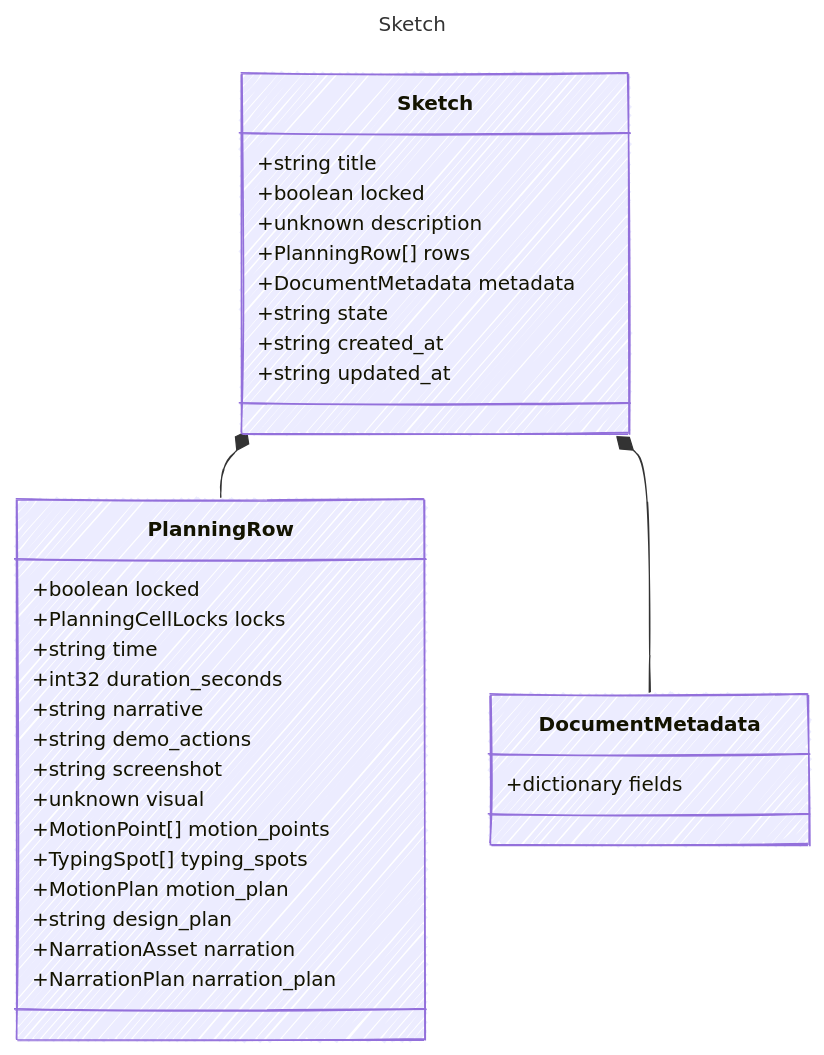
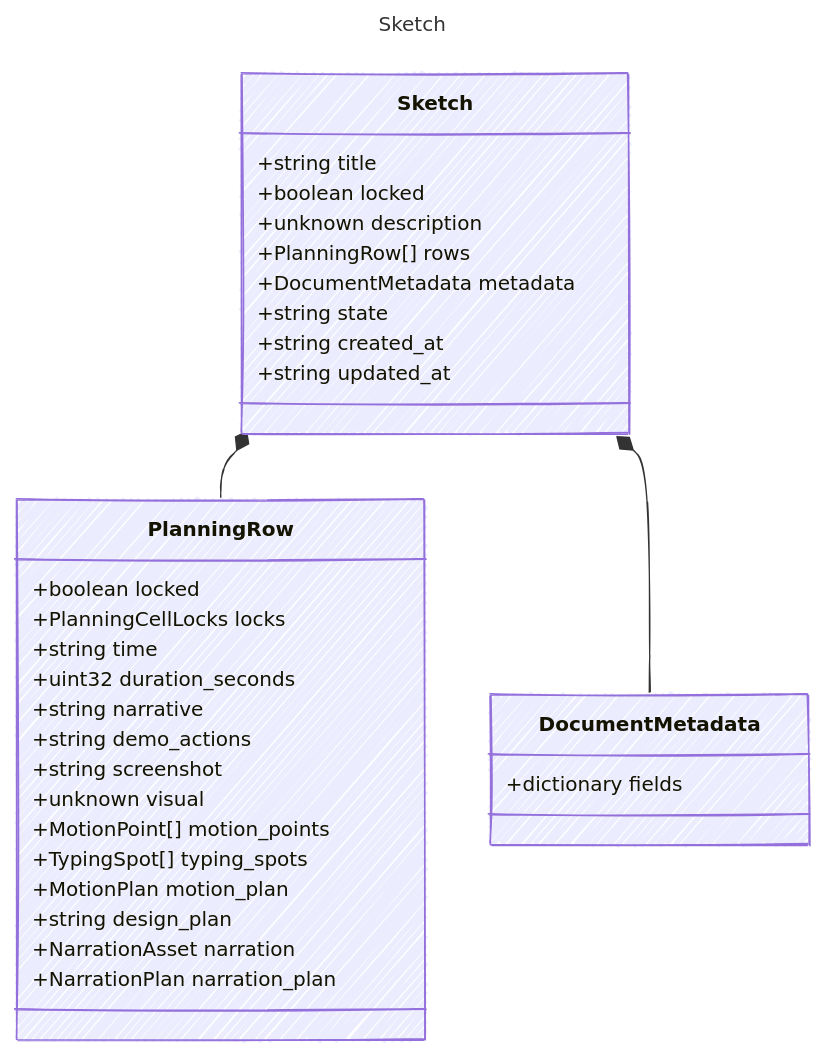
Before and after one commit to sethjuarez/cutready: the diagram in contracts/generated/markdown/Sketch.md, drawn with Mermaid. The commit also changed 41 other files, not shown here.

````diff
--- a/contracts/generated/markdown/Sketch.md
+++ b/contracts/generated/markdown/Sketch.md
@@ -13,42 +13,42 @@
 ```mermaid
 ---
 title: Sketch
 config:
   look: handDrawn
   theme: colorful
   class:
     hideEmptyMembersBox: true
 ---
 classDiagram
     class Sketch {
         +string title
         +boolean locked
         +unknown description
         +PlanningRow[] rows
         +DocumentMetadata metadata
         +string state
         +string created_at
         +string updated_at
     }
     class PlanningRow {
         +boolean locked
         +PlanningCellLocks locks
         +string time
-        +int32 duration_seconds
+        +uint32 duration_seconds
         +string narrative
         +string demo_actions
         +string screenshot
         +unknown visual
         +MotionPoint[] motion_points
         +TypingSpot[] typing_spots
         +MotionPlan motion_plan
         +string design_plan
         +NarrationAsset narration
         +NarrationPlan narration_plan
     }
     Sketch *-- PlanningRow
     class DocumentMetadata {
         +dictionary fields
     }
     Sketch *-- DocumentMetadata
 ```
````
